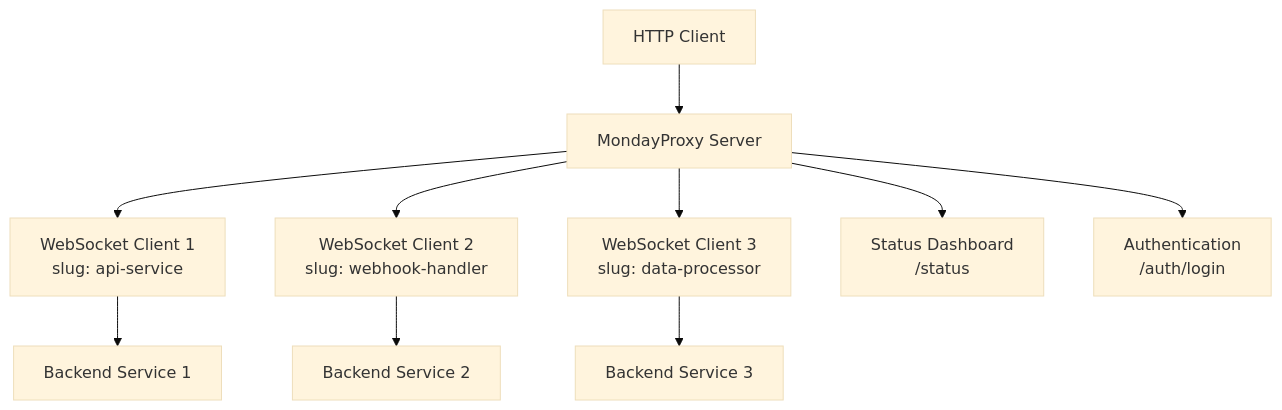
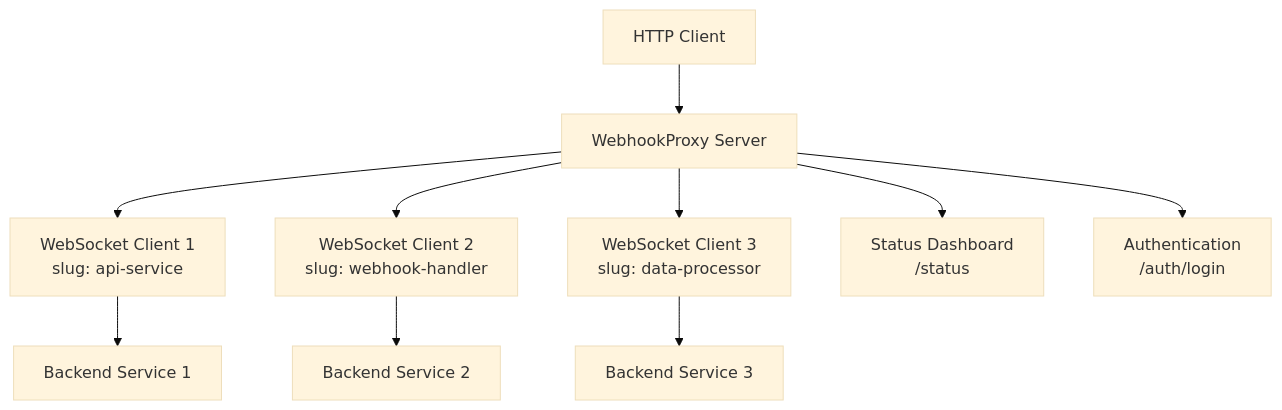
The first of 2 diagrams in README.md (jabcom/webhookproxy), drawn with Mermaid (base theme) before and after one commit. The commit also changed other lines of this file and 9 other files, not shown here.

Commit message:
Rename project from MondayProxy to WebhookProxy, updating all relevant configurations, documentation, and code references to reflect the new name.

````diff
--- a/README.md
+++ b/README.md
@@ -20,14 +20,14 @@
 ```mermaid
 graph TB
-    Client[HTTP Client] --> Proxy[MondayProxy Server]
+    Client[HTTP Client] --> Proxy[WebhookProxy Server]
     Proxy --> WS1[WebSocket Client 1<br/>slug: api-service]
     Proxy --> WS2[WebSocket Client 2<br/>slug: webhook-handler]
     Proxy --> WS3[WebSocket Client 3<br/>slug: data-processor]
     
     WS1 --> Backend1[Backend Service 1]
     WS2 --> Backend2[Backend Service 2]
     WS3 --> Backend3[Backend Service 3]
     
     Proxy --> Status[Status Dashboard<br/>/status]
     Proxy --> Auth[Authentication<br/>/auth/login]
 ```
````
